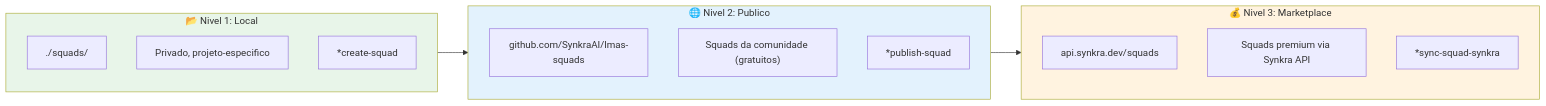
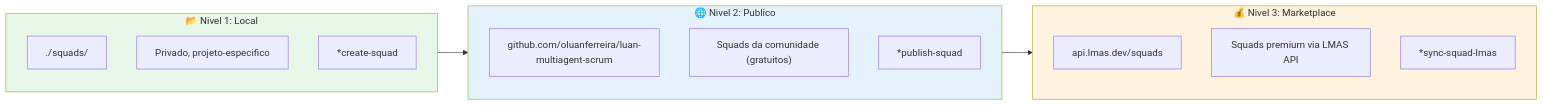
Before and after one commit to oluanferreira/luan-multiagent-scrum: the sixth of 6 diagrams in docs/guides/agents/SQUAD-CREATOR-SYSTEM.md, drawn with Mermaid. The commit also changed other lines of this file and 415 other files, not shown here.

First line of the commit message:
refactor: rebrand Synkra/SynkraAI → LMAS by Luan Ferreira

````diff
--- a/docs/guides/agents/SQUAD-CREATOR-SYSTEM.md
+++ b/docs/guides/agents/SQUAD-CREATOR-SYSTEM.md
@@ -558,27 +558,27 @@
 ```mermaid
 flowchart LR
     subgraph LOCAL["📂 Nivel 1: Local"]
         L_PATH["./squads/"]
         L_DESC["Privado, projeto-especifico"]
         L_CMD["*create-squad"]
     end
 
     subgraph PUBLIC["🌐 Nivel 2: Publico"]
-        P_REPO["github.com/SynkraAI/lmas-squads"]
+        P_REPO["github.com/oluanferreira/luan-multiagent-scrum"]
         P_DESC["Squads da comunidade (gratuitos)"]
         P_CMD["*publish-squad"]
     end
 
     subgraph MARKET["💰 Nivel 3: Marketplace"]
-        M_API["api.synkra.dev/squads"]
-        M_DESC["Squads premium via Synkra API"]
-        M_CMD["*sync-squad-synkra"]
+        M_API["api.lmas.dev/squads"]
+        M_DESC["Squads premium via LMAS API"]
+        M_CMD["*sync-squad-lmas"]
     end
 
     LOCAL --> PUBLIC
     PUBLIC --> MARKET
 
     style LOCAL fill:#e8f5e9
     style PUBLIC fill:#e3f2fd
     style MARKET fill:#fff3e0
 ```
````
